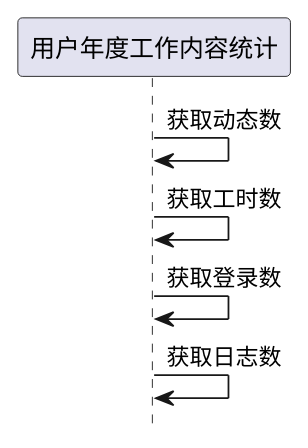
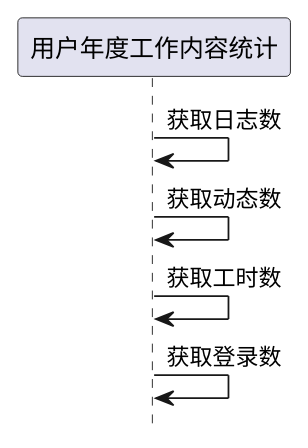
One commit to zj335841911/nt_chandao changed the first of 5 diagrams in ibizpms-docs/src/main/doc/v1/module/ibiz/UserYearWorkStats_old.md. Above: the diagram before and after it, drawn with PlantUML. The commit also changed other lines of this file and 2125 other files, not shown here.

```diff
--- a/ibizpms-docs/src/main/doc/v1/module/ibiz/UserYearWorkStats_old.md
+++ b/ibizpms-docs/src/main/doc/v1/module/ibiz/UserYearWorkStats_old.md
@@ -143,8 +143,8 @@
 {% plantuml %}
 hide footbox
 
+用户年度工作内容统计 -> 用户年度工作内容统计: 获取日志数
 用户年度工作内容统计 -> 用户年度工作内容统计: 获取动态数
 用户年度工作内容统计 -> 用户年度工作内容统计: 获取工时数
 用户年度工作内容统计 -> 用户年度工作内容统计: 获取登录数
-用户年度工作内容统计 -> 用户年度工作内容统计: 获取日志数
 {% endplantuml %}
```
